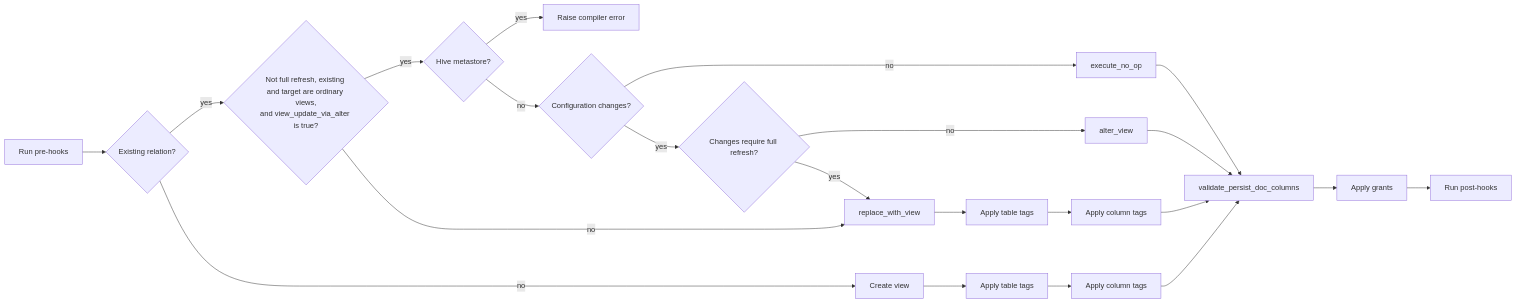
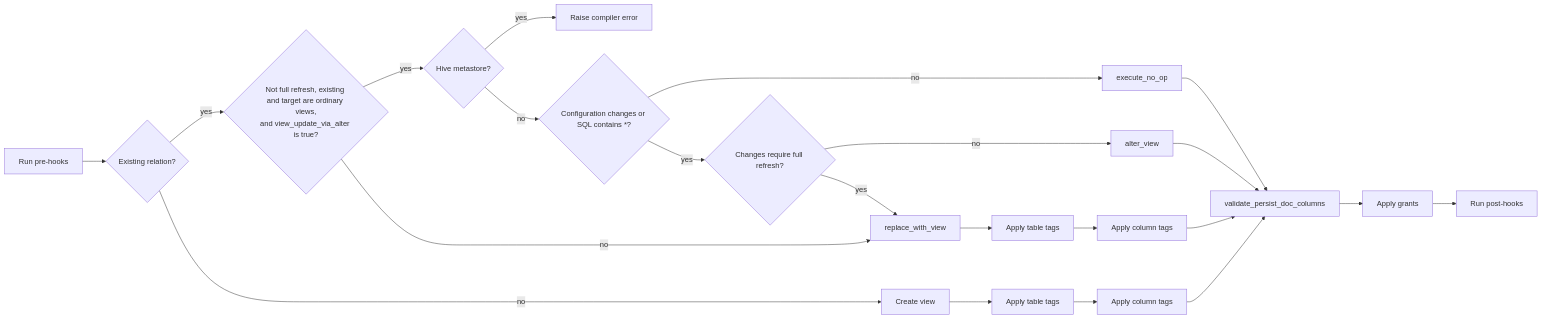
Before and after one commit to databricks/dbt-databricks: the second of 2 diagrams in docs/flow/view_flow.md, drawn with Mermaid. The commit also changed other lines of this file and 6 other files, not shown here.

Commit message:
fix: refresh wildcard views without extra schema reads

````diff
--- a/docs/flow/view_flow.md
+++ b/docs/flow/view_flow.md
@@ -31,26 +31,26 @@
 ```mermaid
 flowchart LR
     PRE[Run pre-hooks] --> EXIST{Existing relation?}
     EXIST -- no --> CREATE[Create view]
     CREATE --> NEWTAGS[Apply table tags]
     NEWTAGS --> NEWCOLTAGS[Apply column tags]
     NEWCOLTAGS --> DOCS[validate_persist_doc_columns]
 
     EXIST -- yes --> ALTERABLE{"Not full refresh, existing and target are ordinary views,\nand view_update_via_alter is true?"}
     ALTERABLE -- no --> REPLACE[replace_with_view]
     ALTERABLE -- yes --> HMS{Hive metastore?}
     HMS -- yes --> ERROR[Raise compiler error]
-    HMS -- no --> CHANGES{Configuration changes?}
+    HMS -- no --> CHANGES{"Configuration changes or SQL contains *?"}
     CHANGES -- no --> NOOP[execute_no_op]
     CHANGES -- yes --> REFRESH{Changes require full refresh?}
     REFRESH -- yes --> REPLACE
     REFRESH -- no --> ALTER[alter_view]
 
     REPLACE --> TAGS[Apply table tags]
     TAGS --> COLTAGS[Apply column tags]
     COLTAGS --> DOCS
     ALTER --> DOCS
     NOOP --> DOCS
     DOCS --> GRANTS[Apply grants]
     GRANTS --> POST[Run post-hooks]
 ```
````
